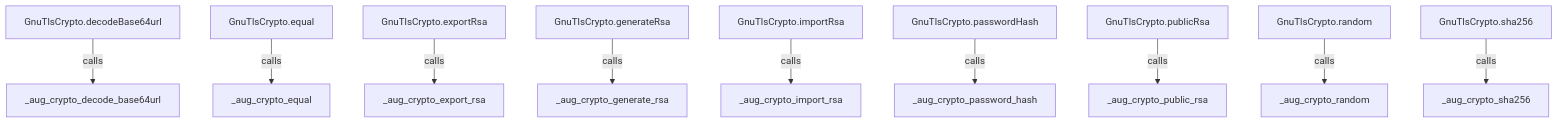
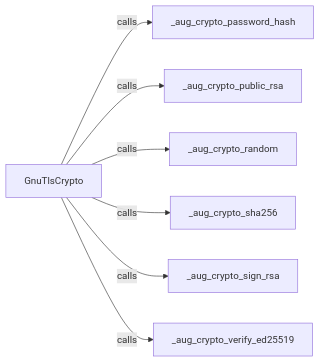
One commit to GreenPandaStudios/augscript changed the second of 15 diagrams in src/stdlib/crypto/contracts.aug.diagrams.md. Above: the diagram before and after it, drawn with Mermaid. The commit also changed other lines of this file and 304 other files, not shown here.

Commit message:
Make generated data-flow sequences concise and review every diagram

````diff
--- a/src/stdlib/crypto/contracts.aug.diagrams.md
+++ b/src/stdlib/crypto/contracts.aug.diagrams.md
@@ -45,30 +32,16 @@
 ```mermaid
-flowchart TD
-    n0["GnuTlsCrypto.decodeBase64url"]
-    n1["GnuTlsCrypto.equal"]
-    n2["GnuTlsCrypto.exportRsa"]
-    n3["GnuTlsCrypto.generateRsa"]
-    n4["GnuTlsCrypto.importRsa"]
-    n5["GnuTlsCrypto.passwordHash"]
-    n6["GnuTlsCrypto.publicRsa"]
-    n7["GnuTlsCrypto.random"]
-    n8["GnuTlsCrypto.sha256"]
-    n9["_aug_crypto_decode_base64url"]
-    n10["_aug_crypto_equal"]
-    n11["_aug_crypto_export_rsa"]
-    n12["_aug_crypto_generate_rsa"]
-    n13["_aug_crypto_import_rsa"]
-    n14["_aug_crypto_password_hash"]
-    n15["_aug_crypto_public_rsa"]
-    n16["_aug_crypto_random"]
-    n17["_aug_crypto_sha256"]
-    n0 -->|"calls"| n9
-    n1 -->|"calls"| n10
-    n2 -->|"calls"| n11
-    n3 -->|"calls"| n12
-    n4 -->|"calls"| n13
-    n5 -->|"calls"| n14
-    n6 -->|"calls"| n15
-    n7 -->|"calls"| n16
-    n8 -->|"calls"| n17
+flowchart LR
+    n0["GnuTlsCrypto"]
+    n1["_aug_crypto_password_hash"]
+    n2["_aug_crypto_public_rsa"]
+    n3["_aug_crypto_random"]
+    n4["_aug_crypto_sha256"]
+    n5["_aug_crypto_sign_rsa"]
+    n6["_aug_crypto_verify_ed25519"]
+    n0 -->|"calls"| n1
+    n0 -->|"calls"| n2
+    n0 -->|"calls"| n3
+    n0 -->|"calls"| n4
+    n0 -->|"calls"| n5
+    n0 -->|"calls"| n6
 ```
````
